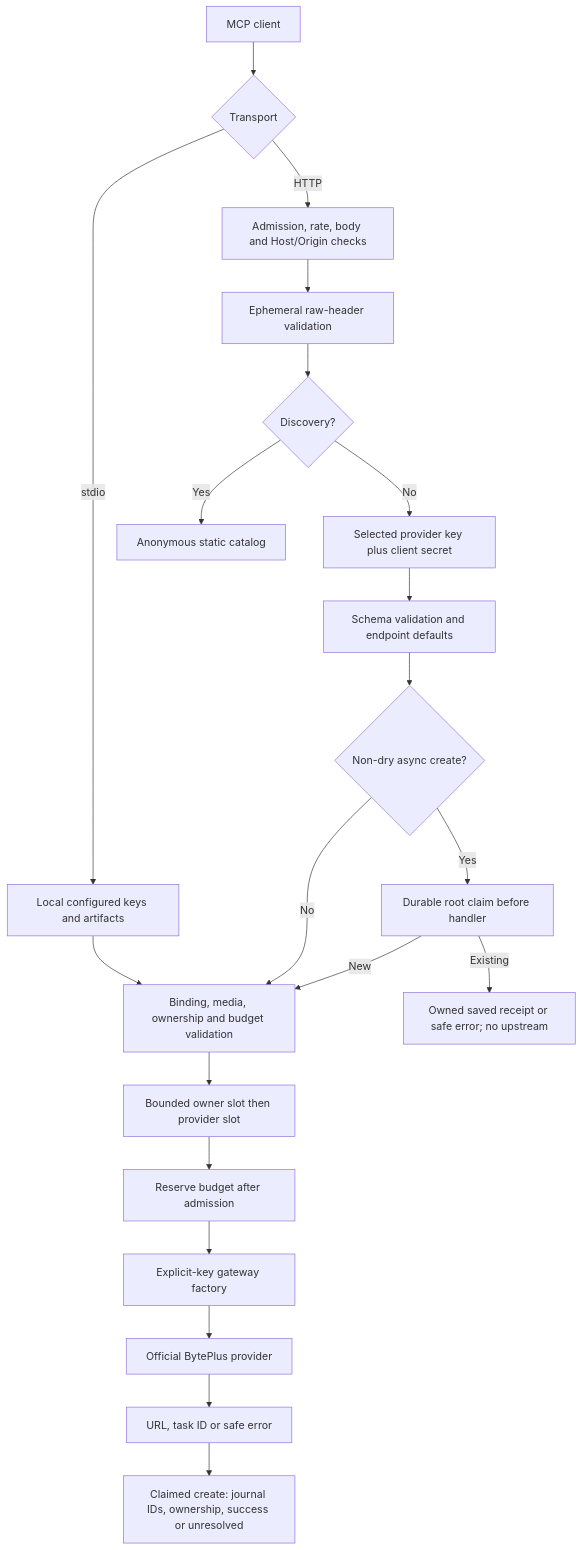
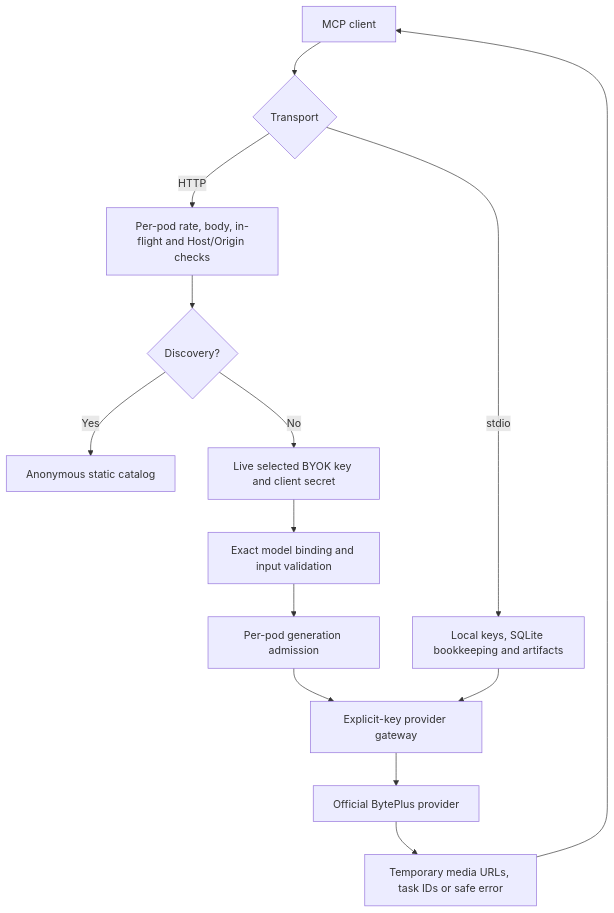
One commit to byteplus-sa/seed-mcp changed the diagram in docs/architecture.md. Above: the diagram before and after it, drawn with Mermaid. The commit also changed other lines of this file and 132 other files, not shown here.

````diff
--- a/docs/architecture.md
+++ b/docs/architecture.md
@@ -10,23 +11,16 @@
 ```mermaid
 flowchart TD
     Client["MCP client"] --> Transport{"Transport"}
-    Transport -->|stdio| Local["Local configured keys and artifacts"]
-    Transport -->|HTTP| Limits["Admission, rate, body and Host/Origin checks"]
-    Limits --> Headers["Ephemeral raw-header validation"]
-    Headers --> Discovery{"Discovery?"}
-    Discovery -->|Yes| Static["Anonymous static catalog"]
-    Discovery -->|No| Owner["Selected provider key plus client secret"]
-    Owner --> Input["Schema validation and endpoint defaults"]
-    Input --> Create{"Non-dry async create?"}
-    Create -->|No| Validate["Binding, media, ownership and budget validation"]
-    Create -->|Yes| Claim["Durable root claim before handler"]
-    Claim -->|New| Validate
-    Claim -->|Existing| Replay["Owned saved receipt or safe error; no upstream"]
-    Local --> Validate
-    Validate --> Admission["Bounded owner slot then provider slot"]
-    Admission --> Budget["Reserve budget after admission"]
-    Budget --> Factory["Explicit-key gateway factory"]
-    Factory --> Provider["Official BytePlus provider"]
-    Provider --> Result["URL, task ID or safe error"]
-    Result --> Record["Claimed create: journal IDs, ownership, success or unresolved"]
+    Transport -->|HTTP| Limits["Per-pod rate, body, in-flight and Host/Origin checks"]
+    Limits --> Discovery{"Discovery?"}
+    Discovery -->|Yes| Catalog["Anonymous static catalog"]
+    Discovery -->|No| Headers["Live selected BYOK key and client secret"]
+    Headers --> Validate["Exact model binding and input validation"]
+    Validate --> Slots["Per-pod generation admission"]
+    Slots --> Gateway["Explicit-key provider gateway"]
+    Transport -->|stdio| Local["Local keys, SQLite bookkeeping and artifacts"]
+    Local --> Gateway
+    Gateway --> Provider["Official BytePlus provider"]
+    Provider --> Result["Temporary media URLs, task IDs or safe error"]
+    Result --> Client
 ```
````
